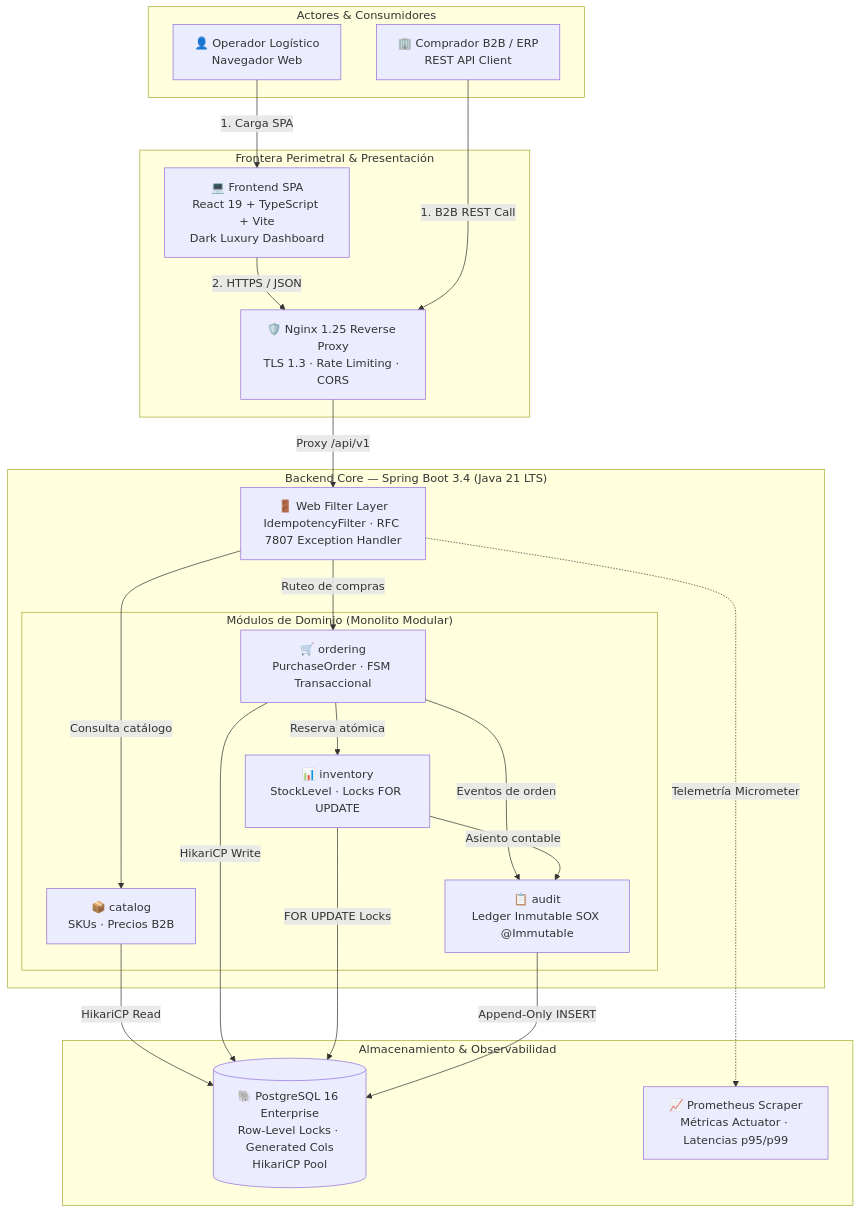
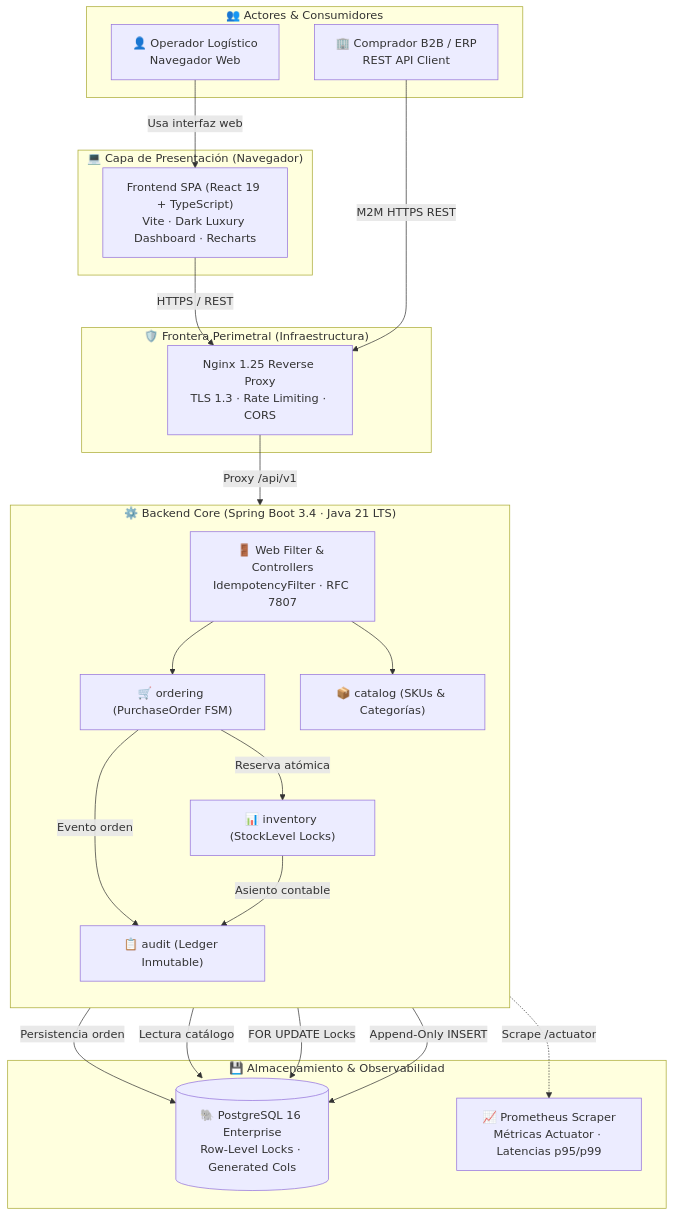
The second of 7 diagrams in docs/architecture/ARCHITECTURE.md (vivenegasl/stockpilot-b2b), drawn with Mermaid before and after one commit.

Commit message:
fix(diagrams): flatten C4 container diagram hierarchy to eliminate Dagre label misplacement bug

````diff
--- a/docs/architecture/ARCHITECTURE.md
+++ b/docs/architecture/ARCHITECTURE.md
@@ -96,52 +96,49 @@
 ```mermaid
-graph TB
-    subgraph Actors ["Actores & Consumidores"]
+flowchart TD
+    subgraph Actores ["👥 Actores & Consumidores"]
         CLIENT["🏢 Comprador B2B / ERP<br/>REST API Client"]
         OPERATOR["👤 Operador Logístico<br/>Navegador Web"]
     end
 
-    subgraph Periphery ["Frontera Perimetral & Presentación"]
-        SPA["💻 Frontend SPA<br/>React 19 + TypeScript + Vite<br/>Dark Luxury Dashboard"]
-        NGINX["🛡️ Nginx 1.25 Reverse Proxy<br/>TLS 1.3 · Rate Limiting · CORS"]
+    subgraph FrontendTier ["💻 Capa de Presentación (Navegador)"]
+        SPA["Frontend SPA (React 19 + TypeScript)<br/>Vite · Dark Luxury Dashboard · Recharts"]
     end
 
-    subgraph BackendCore ["Backend Core — Spring Boot 3.4 (Java 21 LTS)"]
-        API_GATE["🚪 Web Filter Layer<br/>IdempotencyFilter · RFC 7807 Exception Handler"]
-
-        subgraph Modules ["Módulos de Dominio (Monolito Modular)"]
-            MOD_ORDERING["🛒 ordering<br/>PurchaseOrder · FSM Transaccional"]
-            MOD_CATALOG["📦 catalog<br/>SKUs · Precios B2B"]
-            MOD_INVENTORY["📊 inventory<br/>StockLevel · Locks FOR UPDATE"]
-            MOD_AUDIT["📋 audit<br/>Ledger Inmutable SOX @Immutable"]
-        end
+    subgraph IngressTier ["🛡️ Frontera Perimetral (Infraestructura)"]
+        NGINX["Nginx 1.25 Reverse Proxy<br/>TLS 1.3 · Rate Limiting · CORS"]
     end
 
-    subgraph Storage ["Almacenamiento & Observabilidad"]
-        DB[("🐘 PostgreSQL 16 Enterprise<br/>Row-Level Locks · Generated Cols<br/>HikariCP Pool")]
+    subgraph BackendTier ["⚙️ Backend Core (Spring Boot 3.4 · Java 21 LTS)"]
+        direction TB
+        API_GATE["🚪 Web Filter & Controllers<br/>IdempotencyFilter · RFC 7807"]
+        MOD_ORDERING["🛒 ordering (PurchaseOrder FSM)"]
+        MOD_CATALOG["📦 catalog (SKUs & Categorías)"]
+        MOD_INVENTORY["📊 inventory (StockLevel Locks)"]
+        MOD_AUDIT["📋 audit (Ledger Inmutable)"]
+        
+        API_GATE --> MOD_ORDERING
+        API_GATE --> MOD_CATALOG
+        MOD_ORDERING -->|"Reserva atómica"| MOD_INVENTORY
+        MOD_ORDERING -->|"Evento orden"| MOD_AUDIT
+        MOD_INVENTORY -->|"Asiento contable"| MOD_AUDIT
+    end
+
+    subgraph DataTier ["💾 Almacenamiento & Observabilidad"]
+        DB[("🐘 PostgreSQL 16 Enterprise<br/>Row-Level Locks · Generated Cols")]
         PROM["📈 Prometheus Scraper<br/>Métricas Actuator · Latencias p95/p99"]
     end
 
-    %% Flujos de Red y Control
-    OPERATOR -->|"1. Carga SPA"| SPA
-    SPA -->|"2. HTTPS / JSON"| NGINX
-    CLIENT -->|"1. B2B REST Call"| NGINX
+    %% Conexiones de flujo limpias y descendentes
+    OPERATOR -->|"Usa interfaz web"| SPA
+    SPA -->|"HTTPS / REST"| NGINX
+    CLIENT -->|"M2M HTTPS REST"| NGINX
 
     NGINX -->|"Proxy /api/v1"| API_GATE
 
-    API_GATE -->|"Ruteo de compras"| MOD_ORDERING
-    API_GATE -->|"Consulta catálogo"| MOD_CATALOG
-
-    %% Dependencias entre Módulos
-    MOD_ORDERING -->|"Reserva atómica"| MOD_INVENTORY
-    MOD_ORDERING -->|"Eventos de orden"| MOD_AUDIT
-    MOD_INVENTORY -->|"Asiento contable"| MOD_AUDIT
-
-    %% Persistencia hacia la BD
-    MOD_CATALOG -->|"HikariCP Read"| DB
-    MOD_ORDERING -->|"HikariCP Write"| DB
+    MOD_ORDERING -->|"Persistencia orden"| DB
+    MOD_CATALOG -->|"Lectura catálogo"| DB
     MOD_INVENTORY -->|"FOR UPDATE Locks"| DB
     MOD_AUDIT -->|"Append-Only INSERT"| DB
 
-    %% Observabilidad
-    API_GATE -.->|"Telemetría Micrometer"| PROM
+    API_GATE -.->|"Scrape /actuator"| PROM
 ```
````
